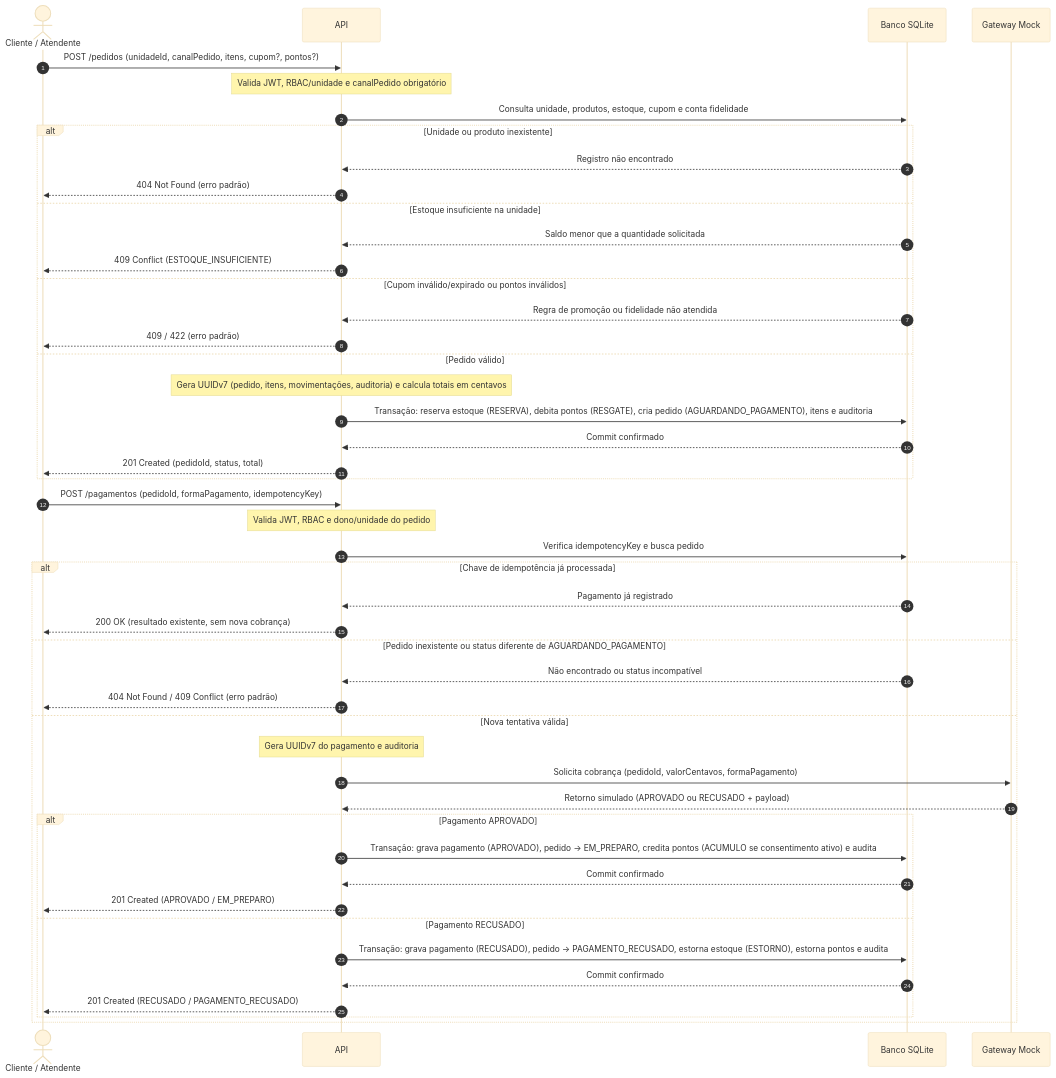
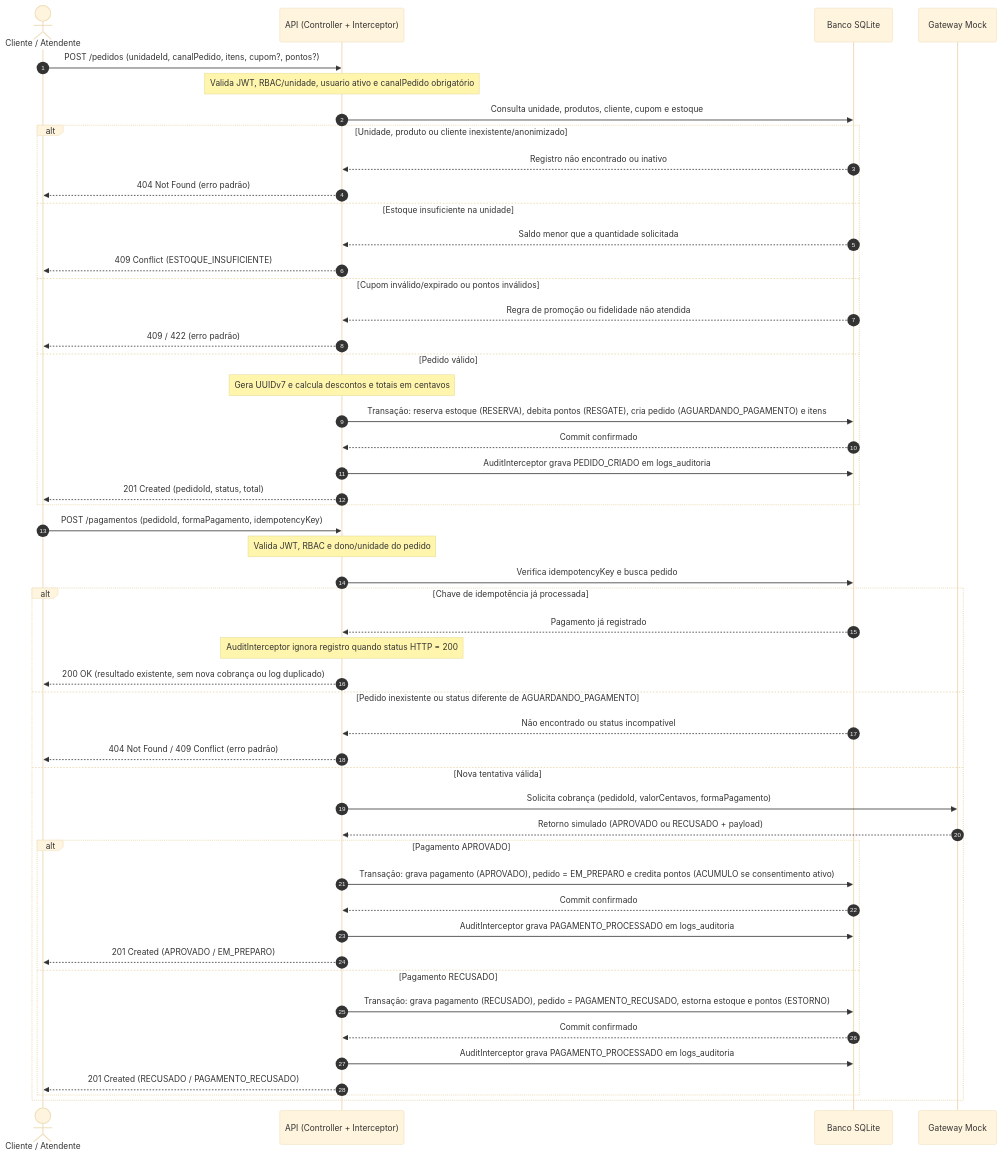
One commit to mmrezende/raizes-nordeste-api changed the diagram in docs/diagrams/sequence-order-payment.mmd. Above: the diagram before and after it, drawn with Mermaid (base theme). The commit also changed 11 other files, not shown here.

Commit message:
docs: consolida documentacao e alinha diagramas a implementacao

```diff
--- a/docs/diagrams/sequence-order-payment.mmd
+++ b/docs/diagrams/sequence-order-payment.mmd
@@ -1,54 +1,57 @@
 sequenceDiagram
   autonumber
   actor C as Cliente / Atendente
-  participant API as API
+  participant API as API (Controller + Interceptor)
   participant DB as Banco SQLite
   participant GW as Gateway Mock
 
   %% Etapa 1: Criação do Pedido + Reserva de Estoque
   C->>API: POST /pedidos (unidadeId, canalPedido, itens, cupom?, pontos?)
-  Note over API: Valida JWT, RBAC/unidade e canalPedido obrigatório
+  Note over API: Valida JWT, RBAC/unidade, usuario ativo e canalPedido obrigatório
 
-  API->>DB: Consulta unidade, produtos, estoque, cupom e conta fidelidade
-  alt Unidade ou produto inexistente
-    DB-->>API: Registro não encontrado
+  API->>DB: Consulta unidade, produtos, cliente, cupom e estoque
+  alt Unidade, produto ou cliente inexistente/anonimizado
+    DB-->>API: Registro não encontrado ou inativo
     API-->>C: 404 Not Found (erro padrão)
   else Estoque insuficiente na unidade
     DB-->>API: Saldo menor que a quantidade solicitada
     API-->>C: 409 Conflict (ESTOQUE_INSUFICIENTE)
   else Cupom inválido/expirado ou pontos inválidos
     DB-->>API: Regra de promoção ou fidelidade não atendida
     API-->>C: 409 / 422 (erro padrão)
   else Pedido válido
-    Note over API: Gera UUIDv7 (pedido, itens, movimentações, auditoria) e calcula totais em centavos
-    API->>DB: Transação: reserva estoque (RESERVA), debita pontos (RESGATE), cria pedido (AGUARDANDO_PAGAMENTO), itens e auditoria
+    Note over API: Gera UUIDv7 e calcula descontos e totais em centavos
+    API->>DB: Transação: reserva estoque (RESERVA), debita pontos (RESGATE), cria pedido (AGUARDANDO_PAGAMENTO) e itens
     DB-->>API: Commit confirmado
+    API->>DB: AuditInterceptor grava PEDIDO_CRIADO em logs_auditoria
     API-->>C: 201 Created (pedidoId, status, total)
   end
 
   %% Etapa 2: Pagamento Mock + Status + Fidelidade
   C->>API: POST /pagamentos (pedidoId, formaPagamento, idempotencyKey)
   Note over API: Valida JWT, RBAC e dono/unidade do pedido
   API->>DB: Verifica idempotencyKey e busca pedido
 
   alt Chave de idempotência já processada
     DB-->>API: Pagamento já registrado
-    API-->>C: 200 OK (resultado existente, sem nova cobrança)
+    Note over API: AuditInterceptor ignora registro quando status HTTP = 200
+    API-->>C: 200 OK (resultado existente, sem nova cobrança ou log duplicado)
   else Pedido inexistente ou status diferente de AGUARDANDO_PAGAMENTO
     DB-->>API: Não encontrado ou status incompatível
     API-->>C: 404 Not Found / 409 Conflict (erro padrão)
   else Nova tentativa válida
-    Note over API: Gera UUIDv7 do pagamento e auditoria
     API->>GW: Solicita cobrança (pedidoId, valorCentavos, formaPagamento)
     GW-->>API: Retorno simulado (APROVADO ou RECUSADO + payload)
 
     alt Pagamento APROVADO
-      API->>DB: Transação: grava pagamento (APROVADO), pedido -> EM_PREPARO, credita pontos (ACUMULO se consentimento ativo) e audita
+      API->>DB: Transação: grava pagamento (APROVADO), pedido = EM_PREPARO e credita pontos (ACUMULO se consentimento ativo)
       DB-->>API: Commit confirmado
+      API->>DB: AuditInterceptor grava PAGAMENTO_PROCESSADO em logs_auditoria
       API-->>C: 201 Created (APROVADO / EM_PREPARO)
     else Pagamento RECUSADO
-      API->>DB: Transação: grava pagamento (RECUSADO), pedido -> PAGAMENTO_RECUSADO, estorna estoque (ESTORNO), estorna pontos e audita
+      API->>DB: Transação: grava pagamento (RECUSADO), pedido = PAGAMENTO_RECUSADO, estorna estoque e pontos (ESTORNO)
       DB-->>API: Commit confirmado
+      API->>DB: AuditInterceptor grava PAGAMENTO_PROCESSADO em logs_auditoria
       API-->>C: 201 Created (RECUSADO / PAGAMENTO_RECUSADO)
     end
   end
```
